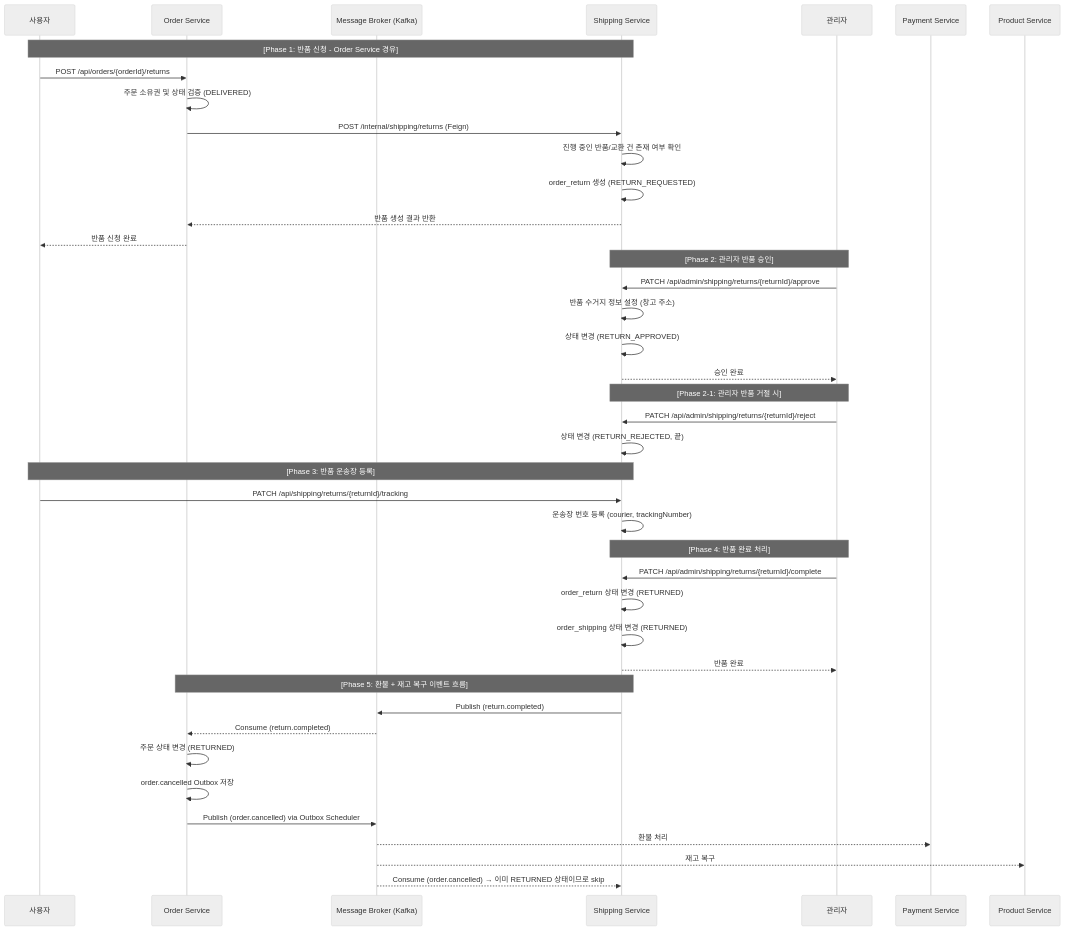
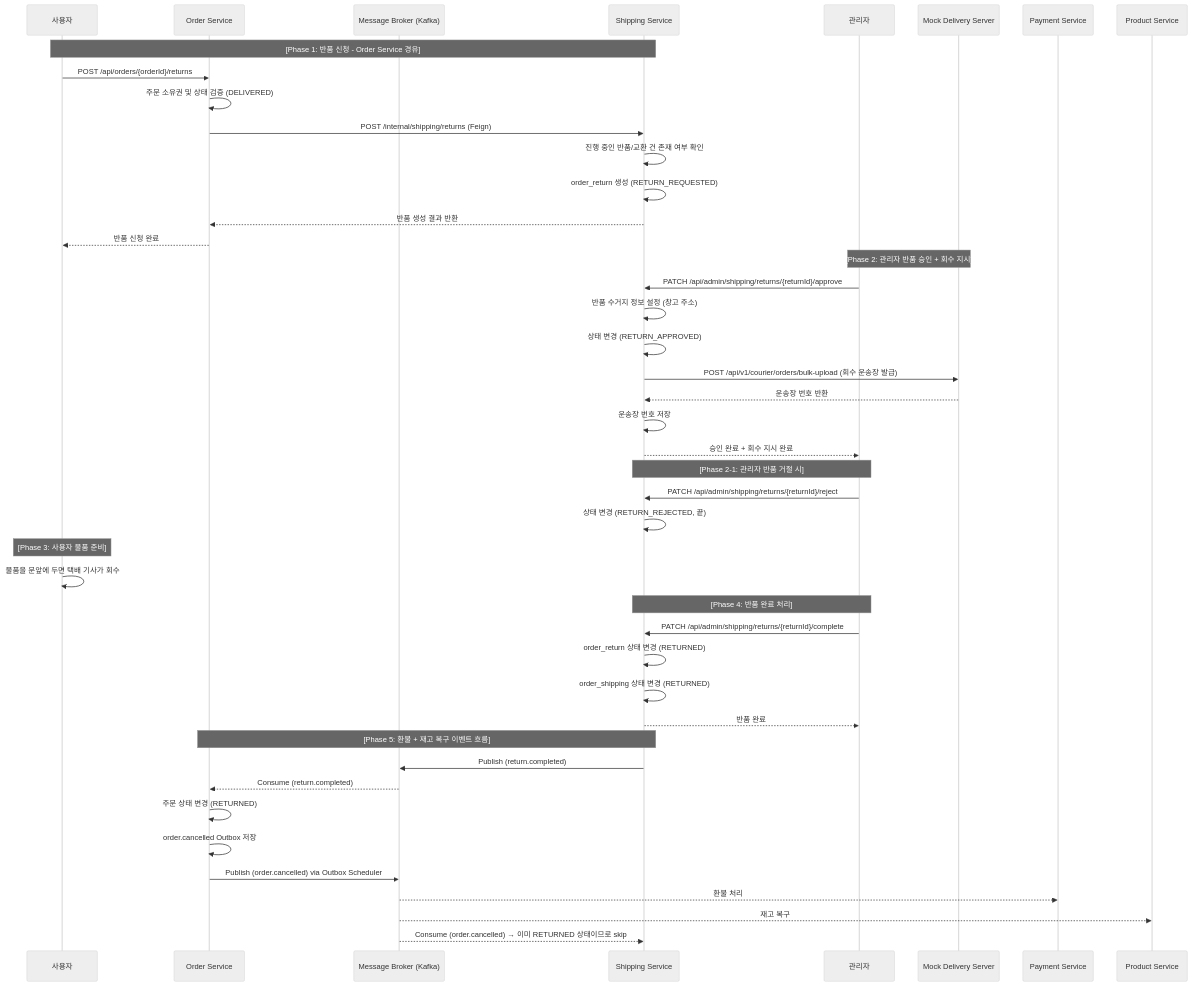
Before and after one commit to gr1993/ecommerce-msa: the third of 4 diagrams in service/shipping-service/README.md, drawn with Mermaid (neutral theme). The commit also changed other lines of this file and 5 other files, not shown here.

Commit message:
fix(shipping): 반품 프로세스에서 사용자가 직접 운송장을 등록하는 방식 대신 회수 운송장 자동 발급 로직으로 변경

````diff
--- a/service/shipping-service/README.md
+++ b/service/shipping-service/README.md
@@ -129,49 +132,52 @@
 ```mermaid
 sequenceDiagram
     participant User as 사용자
     participant Order as Order Service
     participant Broker as Message Broker (Kafka)
     participant Ship as Shipping Service
     participant Admin as 관리자
+    participant Mock as Mock Delivery Server
     participant Payment as Payment Service
     participant Product as Product Service
 
     Note over User, Ship: [Phase 1: 반품 신청 - Order Service 경유]
     User->>Order: POST /api/orders/{orderId}/returns
     Order->>Order: 주문 소유권 및 상태 검증 (DELIVERED)
     Order->>Ship: POST /internal/shipping/returns (Feign)
     Ship->>Ship: 진행 중인 반품/교환 건 존재 여부 확인
     Ship->>Ship: order_return 생성 (RETURN_REQUESTED)
     Ship-->>Order: 반품 생성 결과 반환
     Order-->>User: 반품 신청 완료
 
-    Note over Admin, Ship: [Phase 2: 관리자 반품 승인]
+    Note over Admin, Mock: [Phase 2: 관리자 반품 승인 + 회수 지시]
     Admin->>Ship: PATCH /api/admin/shipping/returns/{returnId}/approve
     Ship->>Ship: 반품 수거지 정보 설정 (창고 주소)
     Ship->>Ship: 상태 변경 (RETURN_APPROVED)
-    Ship-->>Admin: 승인 완료
+    Ship->>Mock: POST /api/v1/courier/orders/bulk-upload (회수 운송장 발급)
+    Mock-->>Ship: 운송장 번호 반환
+    Ship->>Ship: 운송장 번호 저장
+    Ship-->>Admin: 승인 완료 + 회수 지시 완료
 
     Note over Admin, Ship: [Phase 2-1: 관리자 반품 거절 시]
     Admin->>Ship: PATCH /api/admin/shipping/returns/{returnId}/reject
     Ship->>Ship: 상태 변경 (RETURN_REJECTED, 끝)
 
-    Note over User, Ship: [Phase 3: 반품 운송장 등록]
-    User->>Ship: PATCH /api/shipping/returns/{returnId}/tracking
-    Ship->>Ship: 운송장 번호 등록 (courier, trackingNumber)
+    Note over User: [Phase 3: 사용자 물품 준비]
+    User->>User: 물품을 문앞에 두면 택배 기사가 회수
 
     Note over Admin, Ship: [Phase 4: 반품 완료 처리]
     Admin->>Ship: PATCH /api/admin/shipping/returns/{returnId}/complete
     Ship->>Ship: order_return 상태 변경 (RETURNED)
     Ship->>Ship: order_shipping 상태 변경 (RETURNED)
     Ship-->>Admin: 반품 완료
 
     Note over Ship, Order: [Phase 5: 환불 + 재고 복구 이벤트 흐름]
     Ship->>Broker: Publish (return.completed)
     Broker-->>Order: Consume (return.completed)
     Order->>Order: 주문 상태 변경 (RETURNED)
     Order->>Order: order.cancelled Outbox 저장
     Order->>Broker: Publish (order.cancelled) via Outbox Scheduler
     Broker-->>Payment: 환불 처리
     Broker-->>Product: 재고 복구
     Broker-->>Ship: Consume (order.cancelled) → 이미 RETURNED 상태이므로 skip
 ```
````
